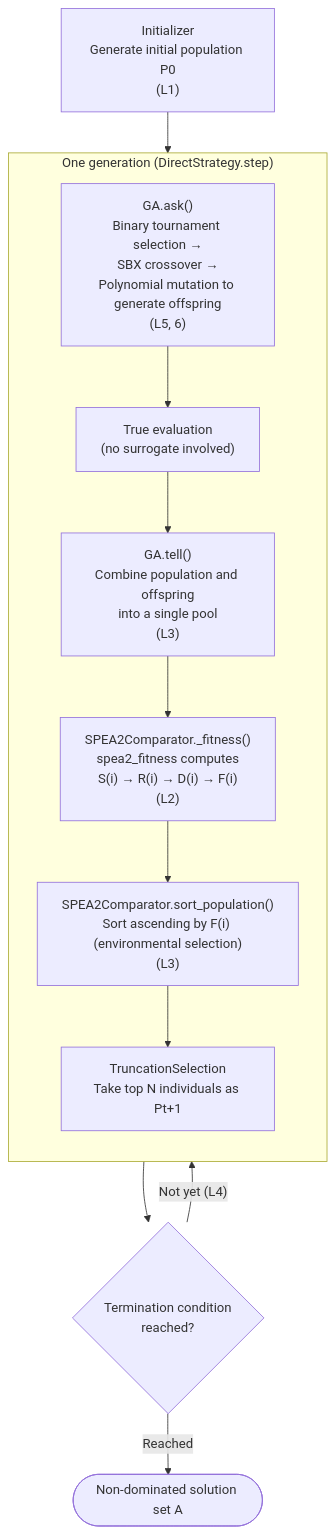
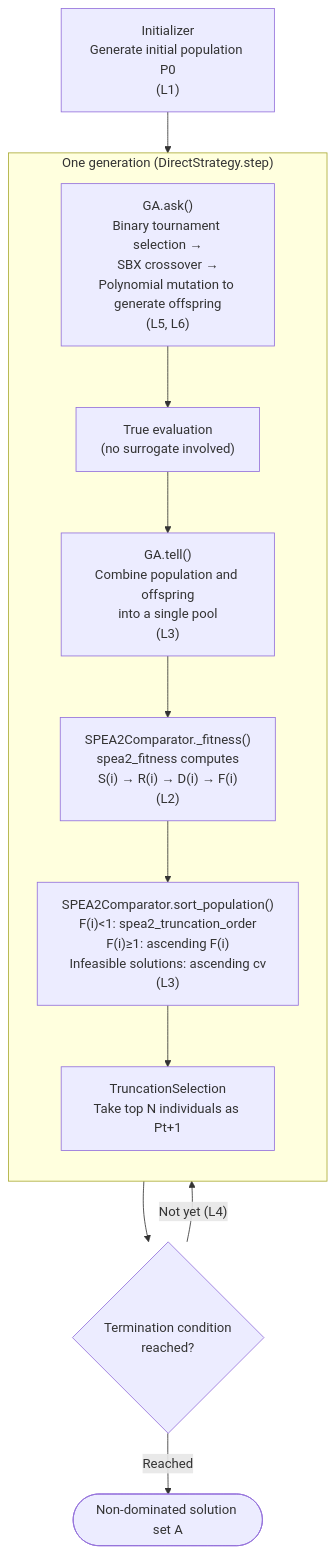
One commit to shlka/saealib changed the diagram in docs/algorithms/spea2.md. Above: the diagram before and after it, drawn with Mermaid. The commit also changed other lines of this file and 479 other files, not shown here.

````diff
--- a/docs/algorithms/spea2.md
+++ b/docs/algorithms/spea2.md
@@ -45,15 +51,15 @@
 ```{mermaid}
 flowchart TD
     INIT["Initializer<br/>Generate initial population P0<br/>(L1)"] --> GEN
     subgraph GEN["One generation (DirectStrategy.step)"]
         direction TB
-        ASK["GA.ask()<br/>Binary tournament selection →<br/>SBX crossover →<br/>Polynomial mutation to generate offspring<br/>(L5, 6)"] --> EVAL["True evaluation<br/>(no surrogate involved)"]
+        ASK["GA.ask()<br/>Binary tournament selection →<br/>SBX crossover →<br/>Polynomial mutation to generate offspring<br/>(L5, L6)"] --> EVAL["True evaluation<br/>(no surrogate involved)"]
         EVAL --> COMB["GA.tell()<br/>Combine population and offspring<br/>into a single pool<br/>(L3)"]
         COMB --> FIT["SPEA2Comparator._fitness()<br/>spea2_fitness computes<br/>S(i) → R(i) → D(i) → F(i)<br/>(L2)"]
-        FIT --> SORT["SPEA2Comparator.sort_population()<br/>Sort ascending by F(i) (environmental selection)<br/>(L3)"]
+        FIT --> SORT["SPEA2Comparator.sort_population()<br/>F(i)&lt;1: spea2_truncation_order<br/>F(i)≥1: ascending F(i)<br/>Infeasible solutions: ascending cv<br/>(L3)"]
         SORT --> TRUNC["TruncationSelection<br/>Take top N individuals as Pt+1"]
     end
     GEN --> TERM{"Termination condition<br/>reached?"}
     TERM -- "Not yet (L4)" --> GEN
     TERM -- "Reached" --> RESULT(["Non-dominated solution set A"])
 ```
````
